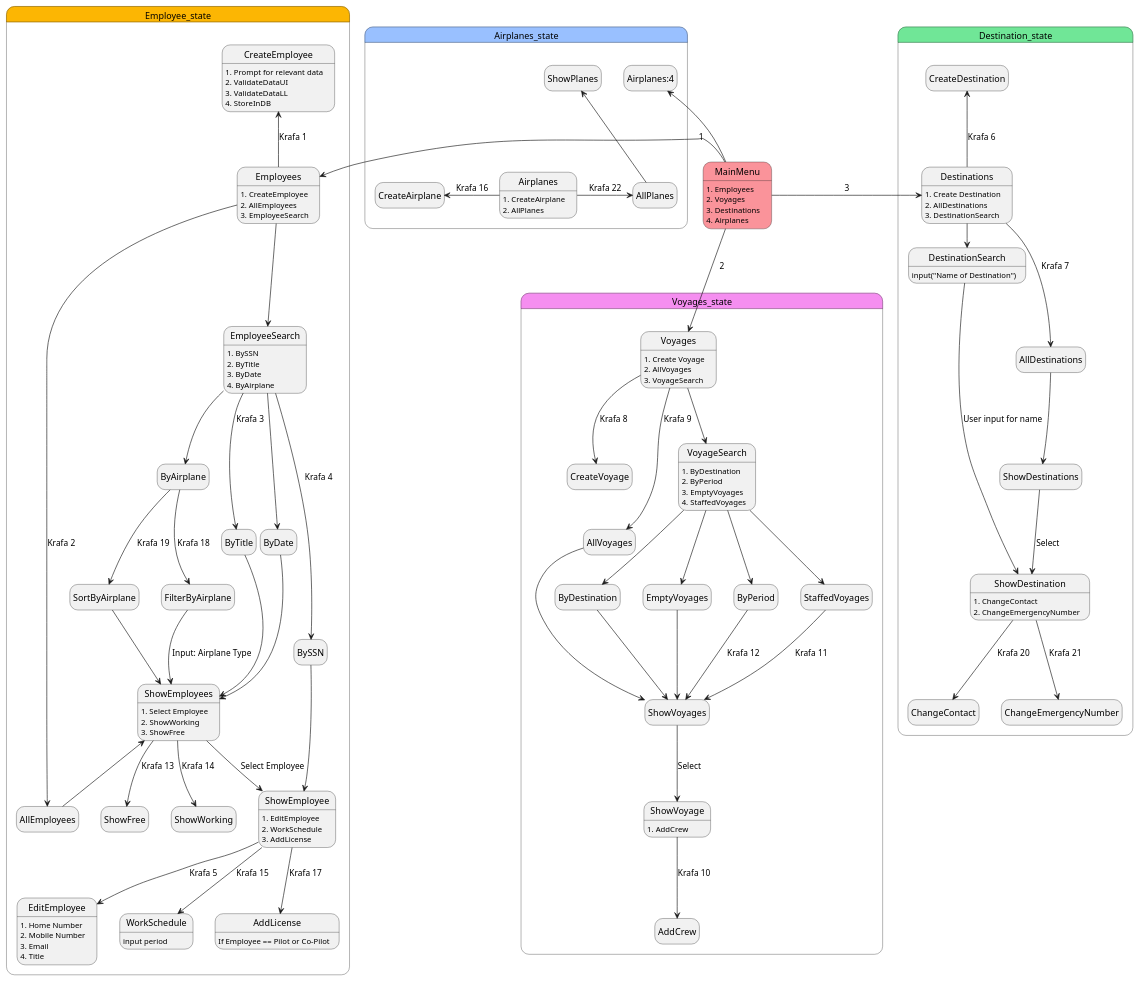
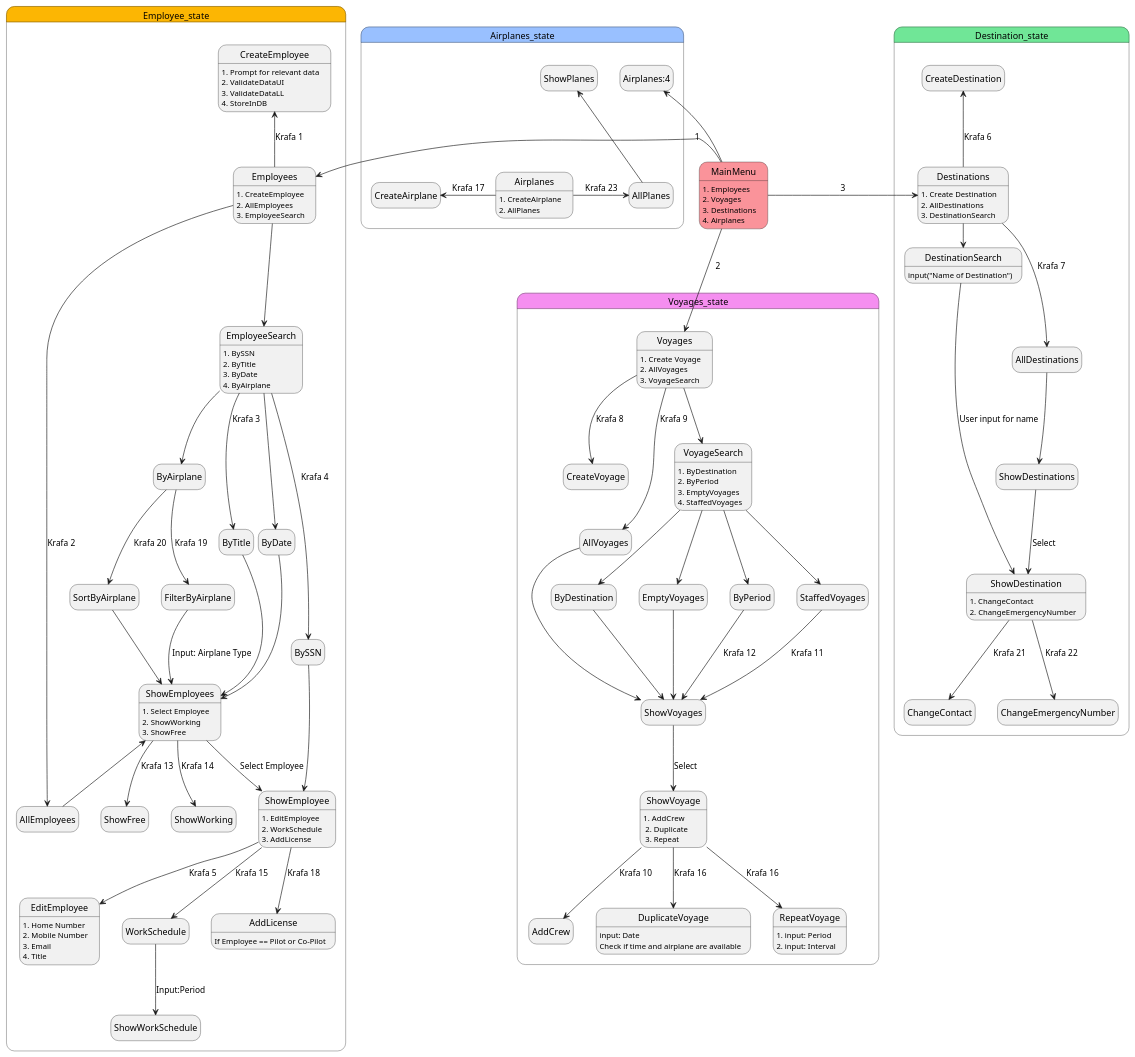
Before and after one commit to irmalexandra/vln1_chuck_nan: the diagram in state_diagrams/UI_State_Diagram.puml, drawn with PlantUML.

```diff
--- a/state_diagrams/UI_State_Diagram.puml
+++ b/state_diagrams/UI_State_Diagram.puml
@@ -1,93 +1,98 @@
 @startuml UI_states
 hide empty description
 MainMenu: 1. Employees \n2. Voyages \n3. Destinations \n4. Airplanes
 
 state Employee_state #fcb603{
 
     MainMenu #fa939a -Left-> Employees: 1
     Employees: 1. CreateEmployee \n2. AllEmployees \n3. EmployeeSearch
     Employees -up-> CreateEmployee: Krafa 1
     CreateEmployee: 1. Prompt for relevant data \n2. ValidateDataUI \n3. ValidateDataLL\n4. StoreInDB
     Employees -up-> AllEmployees: Krafa 2
     AllEmployees -up-> ShowEmployees
     Employees -down-> EmployeeSearch
     EmployeeSearch --> ByTitle: Krafa 3
     ByTitle --> ShowEmployees
     ShowEmployees: 1. Select Employee \n2. ShowWorking \n3. ShowFree
     EmployeeSearch --> BySSN: Krafa 4
     BySSN --> ShowEmployee
     ShowEmployee: 1. EditEmployee \n2. WorkSchedule\n3. AddLicense
     ShowEmployee --> EditEmployee: Krafa 5
     EditEmployee: 1. Home Number \n2. Mobile Number \n3. Email \n4. Title
     ShowEmployee --> WorkSchedule: Krafa 15
-    WorkSchedule:input period
+    WorkSchedule --> ShowWorkSchedule: Input:Period
     EmployeeSearch --> ByDate
     ByDate --> ShowEmployees
     EmployeeSearch --> ByAirplane
-    ByAirplane --> SortByAirplane: Krafa 19
-    ByAirplane --> FilterByAirplane: Krafa 18
+    ByAirplane --> SortByAirplane: Krafa 20
+    ByAirplane --> FilterByAirplane: Krafa 19
     SortByAirplane --> ShowEmployees
     FilterByAirplane --> ShowEmployees: Input: Airplane Type
     EmployeeSearch: 1. BySSN\n2. ByTitle\n3. ByDate\n4. ByAirplane
 
 
     ShowEmployees --> ShowFree: Krafa 13
     ShowEmployees --> ShowWorking: Krafa 14
     ShowEmployees --> ShowEmployee: Select Employee
-    ShowEmployee --> AddLicense: Krafa 17
+    ShowEmployee --> AddLicense: Krafa 18
     AddLicense: If Employee == Pilot or Co-Pilot
 
 }
 
 
 state Voyages_state #f58ef0{
     MainMenu -Down-> Voyages: 2
     Voyages: 1. Create Voyage \n2. AllVoyages \n3. VoyageSearch
     Voyages --> CreateVoyage: Krafa 8
     Voyages --> AllVoyages: Krafa 9
     AllVoyages --> ShowVoyages
     Voyages --> VoyageSearch
     VoyageSearch: 1. ByDestination \n2. ByPeriod \n3. EmptyVoyages \n4. StaffedVoyages
     VoyageSearch --> ByDestination
     VoyageSearch --> EmptyVoyages
     VoyageSearch --> ByPeriod
     ByDestination --> ShowVoyages
     StaffedVoyages --> ShowVoyages: Krafa 11
 
     EmptyVoyages --> ShowVoyages
     ByPeriod --> ShowVoyages: Krafa 12
     ShowVoyages --> ShowVoyage: Select
-    ShowVoyage: 1. AddCrew
+    ShowVoyage: 1. AddCrew\n 2. Duplicate\n 3. Repeat
     ShowVoyage --> AddCrew: Krafa 10
     VoyageSearch --> StaffedVoyages
+    ShowVoyage --> DuplicateVoyage: Krafa 16
+    DuplicateVoyage: input: Date \nCheck if time and airplane are available
+    ShowVoyage --> RepeatVoyage: Krafa 16
+    RepeatVoyage: 1. input: Period \n2. input: Interval
+
 
 }
 
 state Destination_state #70e697{
     MainMenu -Right-> Destinations: 3
     Destinations:1. Create Destination \n2. AllDestinations \n3. DestinationSearch
     Destinations -up-> CreateDestination: Krafa 6
     Destinations -down-> AllDestinations: Krafa 7
     ShowDestinations --> ShowDestination: Select
     AllDestinations --> ShowDestinations
     Destinations -right-> DestinationSearch
     DestinationSearch: input("Name of Destination")
     DestinationSearch --> ShowDestination: User input for name
     ShowDestination: 1. ChangeContact \n2. ChangeEmergencyNumber
-    ShowDestination --> ChangeContact: Krafa 20
-    ShowDestination --> ChangeEmergencyNumber: Krafa 21
+    ShowDestination --> ChangeContact: Krafa 21
+    ShowDestination --> ChangeEmergencyNumber: Krafa 22
 
 }
 
 state Airplanes_state #99c0ff{
     MainMenu -up-> Airplanes:4 
     Airplanes: 1. CreateAirplane \n2. AllPlanes
-    Airplanes -left-> CreateAirplane: Krafa 16
-    Airplanes -right-> AllPlanes: Krafa 22
+    Airplanes -left-> CreateAirplane: Krafa 17
+    Airplanes -right-> AllPlanes: Krafa 23
     AllPlanes -up-> ShowPlanes
     
     
 
 }
 
 @enduml
```
